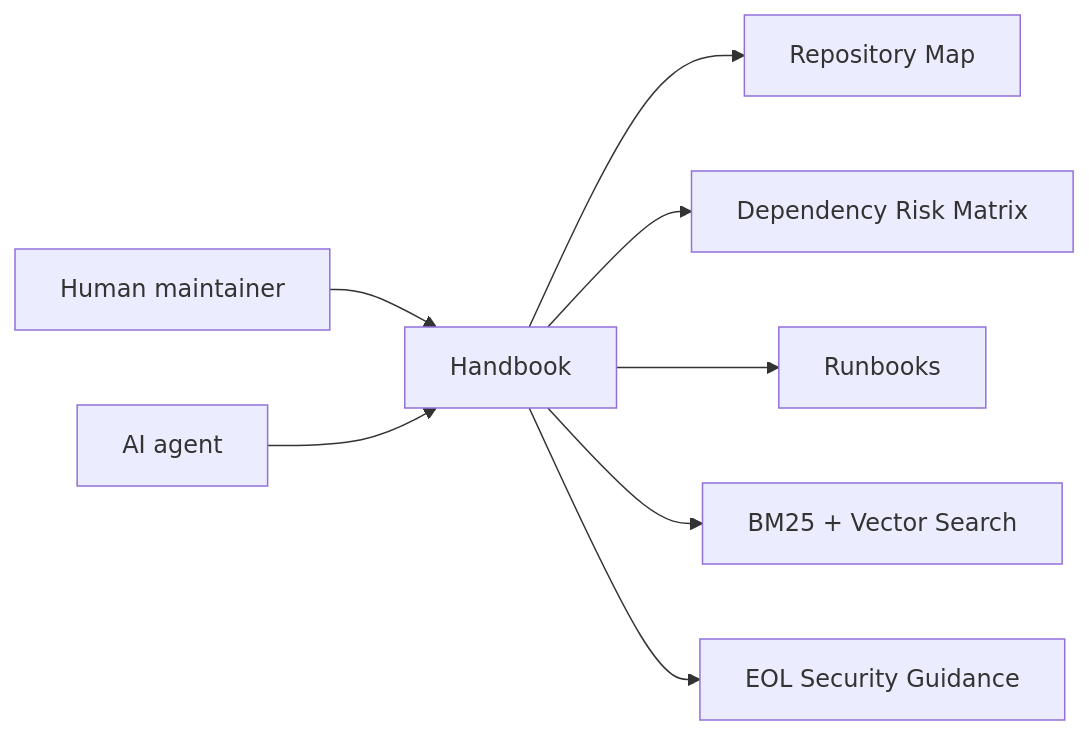
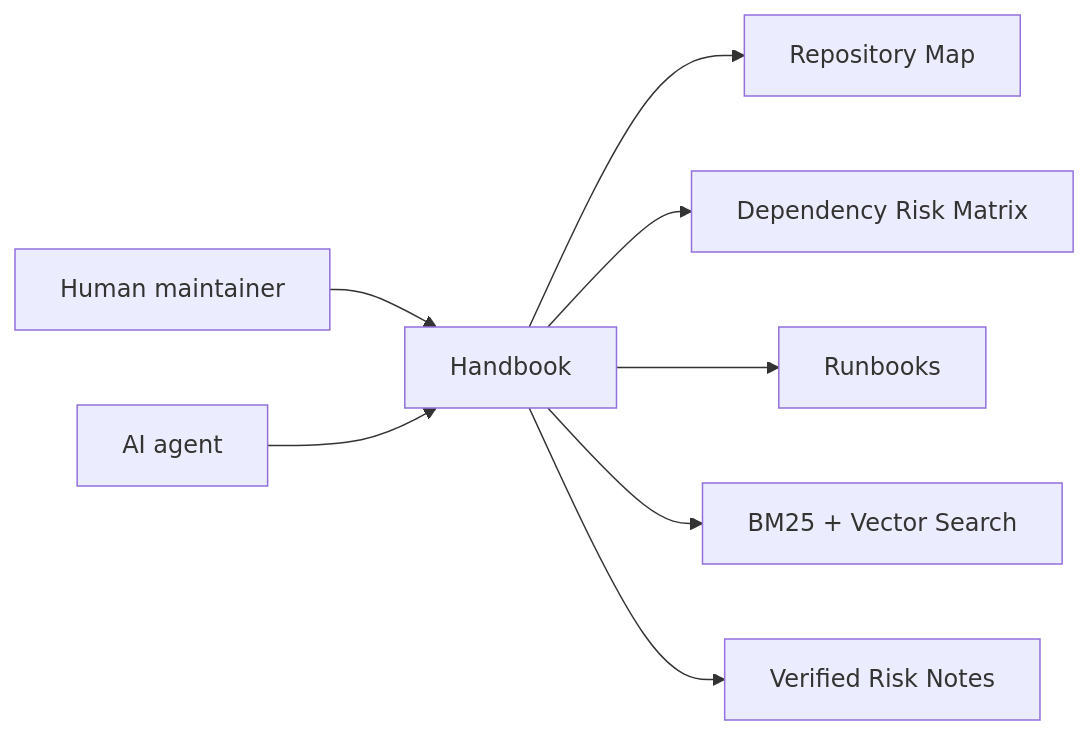
The diagram in docs-site/src/content/docs/en/index.md (chen21019/cattle-handbook), drawn with Mermaid before and after one commit. The commit also changed other lines of this file and 201 other files, not shown here.

````diff
--- a/docs-site/src/content/docs/en/index.md
+++ b/docs-site/src/content/docs/en/index.md
@@ -85,10 +87,10 @@
 ```mermaid
 flowchart LR
   Maintainer[Human maintainer] --> Handbook[Handbook]
   Agent[AI agent] --> Handbook
   Handbook --> RepoMap[Repository Map]
   Handbook --> Risk[Dependency Risk Matrix]
   Handbook --> Runbooks[Runbooks]
   Handbook --> Search[BM25 + Vector Search]
-  Handbook --> Security[EOL Security Guidance]
+  Handbook --> Security[Verified Risk Notes]
 ```
````
